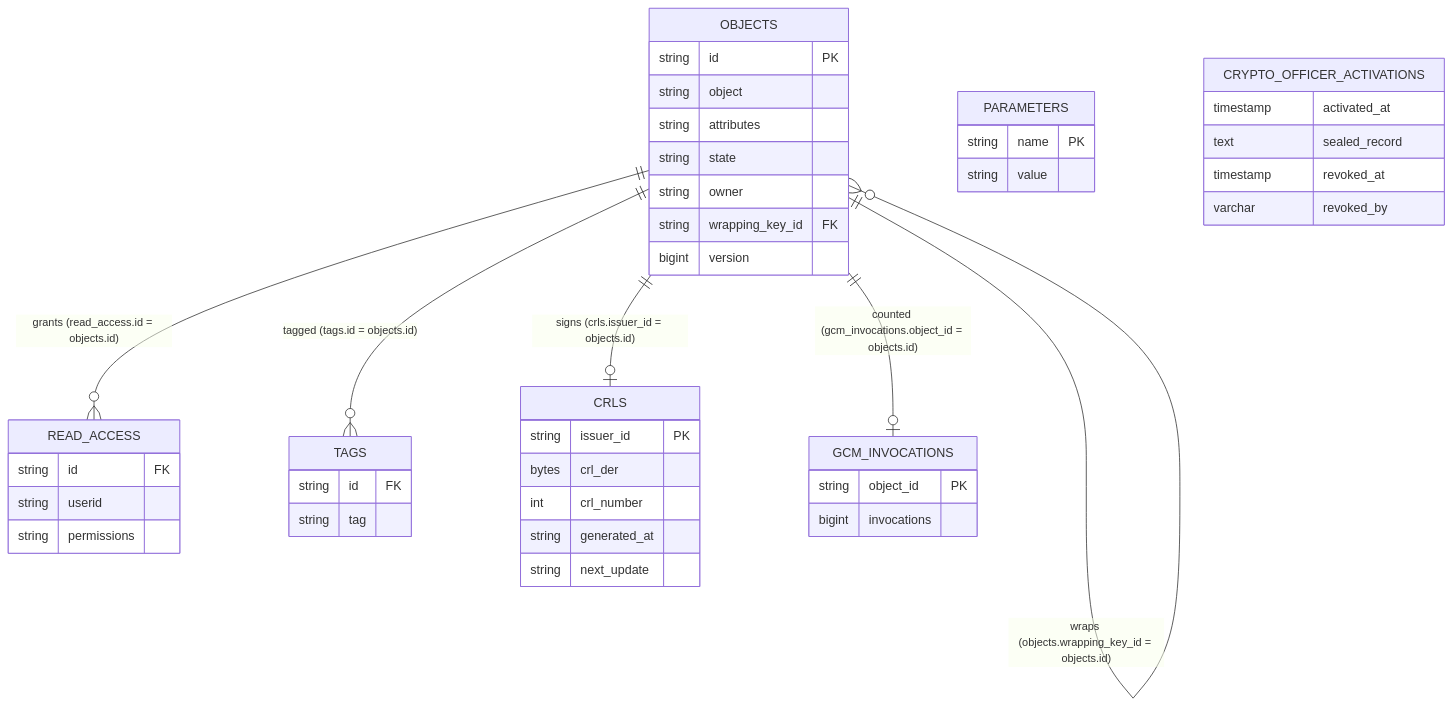
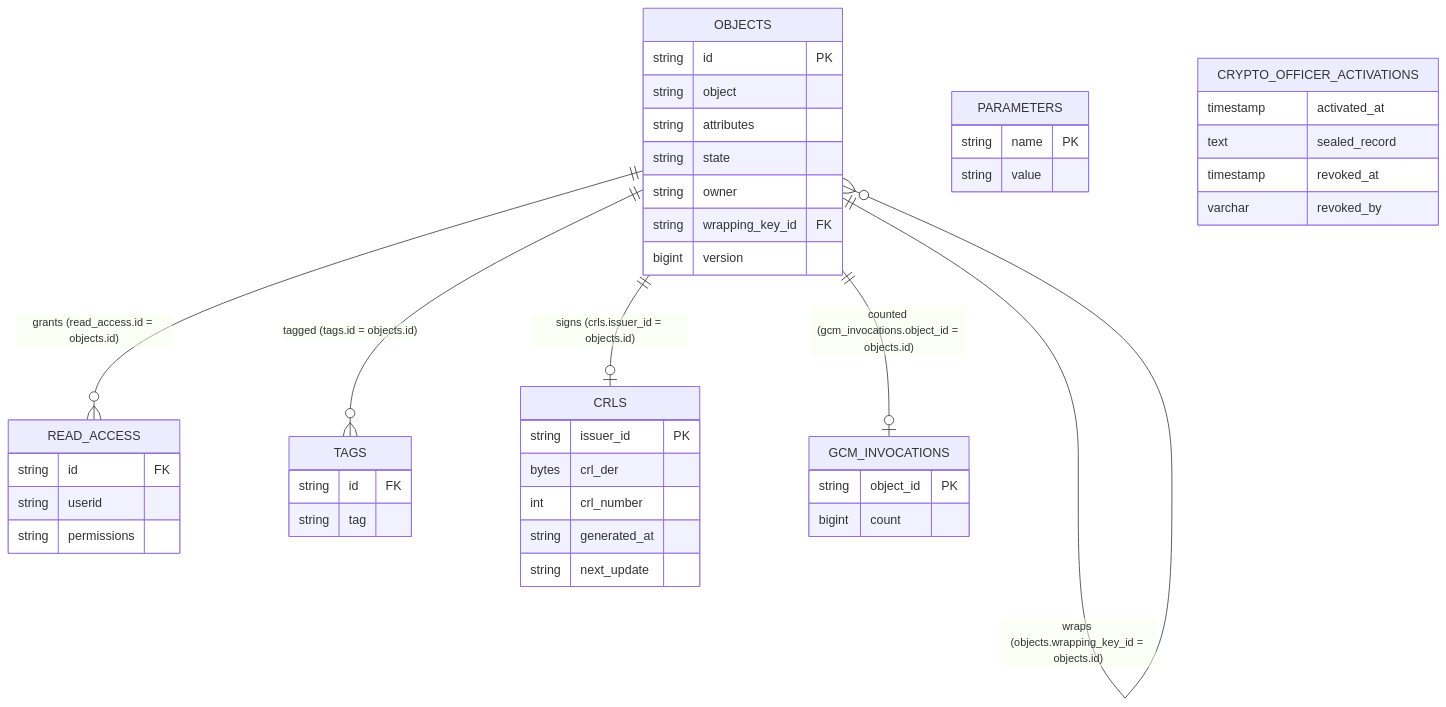
One commit to Cosmian/kms changed the diagram in documentation/docs/configuration/database/tables.md. Above: the diagram before and after it, drawn with Mermaid. The commit also changed other lines of this file and 2 other files, not shown here.

Commit message:
fix(db): keep gcm_invocations column name 'count'
Renaming the column to 'invocations' left databases created by earlier branch builds
with a 'count' column: CREATE TABLE IF NOT EXISTS does not alter it, so every
reserve_gcm_invocations failed there (XKS remote Encrypt -> KMSInternalException).
A column rename is BREAKING under the N-1 policy (database-compatibility row 4).

````diff
--- a/documentation/docs/configuration/database/tables.md
+++ b/documentation/docs/configuration/database/tables.md
@@ -26,47 +26,47 @@
 ```mermaid
 erDiagram
     OBJECTS ||--o{ READ_ACCESS : "grants (read_access.id = objects.id)"
     OBJECTS ||--o{ TAGS : "tagged (tags.id = objects.id)"
     OBJECTS ||--o{ OBJECTS : "wraps (objects.wrapping_key_id = objects.id)"
     OBJECTS ||--o| CRLS : "signs (crls.issuer_id = objects.id)"
     OBJECTS ||--o| GCM_INVOCATIONS : "counted (gcm_invocations.object_id = objects.id)"
     PARAMETERS {
         string name PK
         string value
     }
     OBJECTS {
         string id PK
         string object
         string attributes
         string state
         string owner
         string wrapping_key_id FK
         bigint version
     }
     READ_ACCESS {
         string id FK
         string userid
         string permissions
     }
     TAGS {
         string id FK
         string tag
     }
     CRLS {
         string issuer_id PK
         bytes  crl_der
         int    crl_number
         string generated_at
         string next_update
     }
     GCM_INVOCATIONS {
         string object_id PK
-        bigint invocations
+        bigint count
     }
     CRYPTO_OFFICER_ACTIVATIONS {
         timestamp activated_at
         text sealed_record
         timestamp revoked_at
         varchar revoked_by
     }
 ```
````
